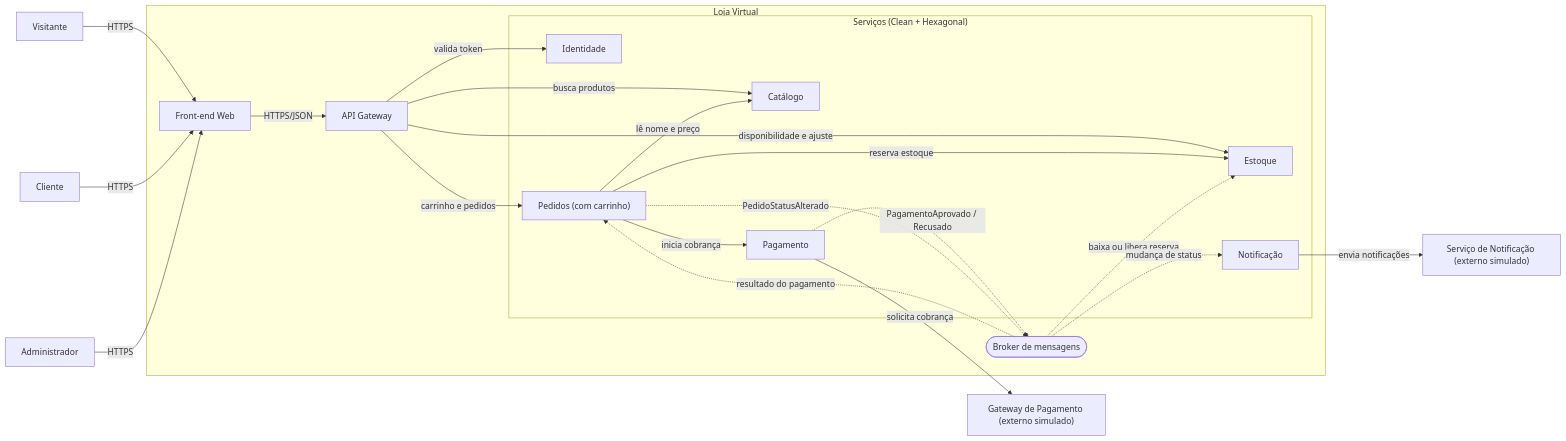
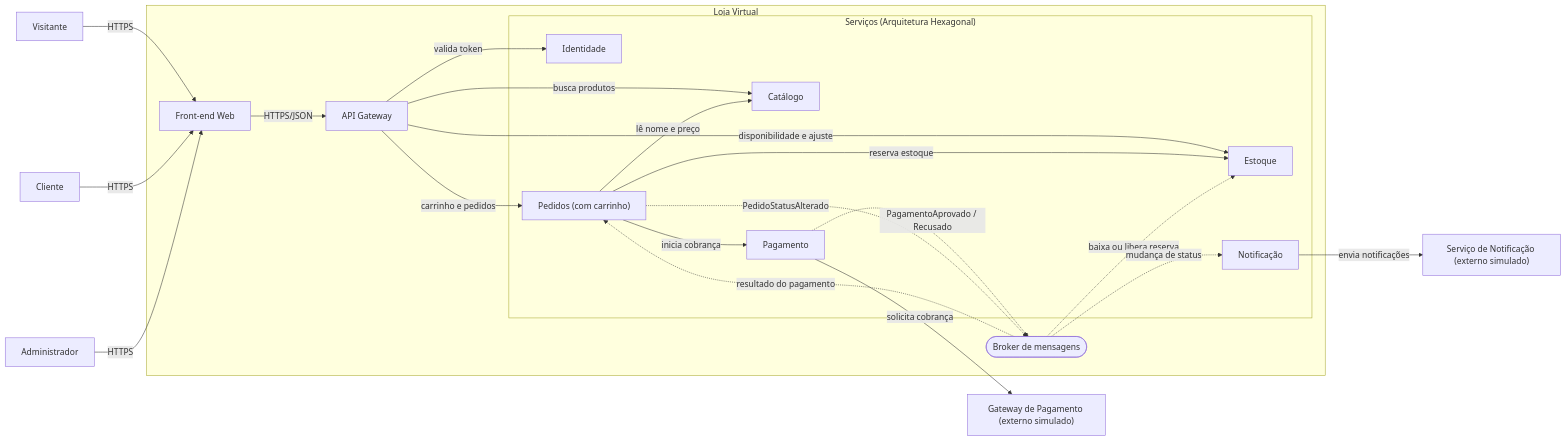
The second of 2 diagrams in docs/c4/containers.md (aSTRonuun/e-story-project-architecture), drawn with Mermaid before and after one commit. The commit also changed other lines of this file and 8 other files, not shown here.

Commit message:
docs: remove clean architecture e registra adrs de reserva de estoque e retorno do gateway

````diff
--- a/docs/c4/containers.md
+++ b/docs/c4/containers.md
@@ -70,48 +70,48 @@
 ```mermaid
 flowchart LR
     Visitante["Visitante"]
     Cliente["Cliente"]
     Admin["Administrador"]
 
     subgraph LV["Loja Virtual"]
         Front["Front-end Web"]
         GW["API Gateway"]
 
-        subgraph SVC["Serviços (Clean + Hexagonal)"]
+        subgraph SVC["Serviços (Arquitetura Hexagonal)"]
             Identidade["Identidade"]
             Catalogo["Catálogo"]
             Estoque["Estoque"]
             Pedidos["Pedidos (com carrinho)"]
             Pagamento["Pagamento"]
             Notificacao["Notificação"]
         end
 
         Broker(["Broker de mensagens"])
     end
 
     PagExt["Gateway de Pagamento (externo simulado)"]
     NotExt["Serviço de Notificação (externo simulado)"]
 
     Visitante -->|"HTTPS"| Front
     Cliente -->|"HTTPS"| Front
     Admin -->|"HTTPS"| Front
     Front -->|"HTTPS/JSON"| GW
 
     GW -->|"valida token"| Identidade
     GW -->|"busca produtos"| Catalogo
     GW -->|"disponibilidade e ajuste"| Estoque
     GW -->|"carrinho e pedidos"| Pedidos
 
     Pedidos -->|"reserva estoque"| Estoque
     Pedidos -->|"lê nome e preço"| Catalogo
     Pedidos -->|"inicia cobrança"| Pagamento
 
     Pagamento -->|"solicita cobrança"| PagExt
     Notificacao -->|"envia notificações"| NotExt
 
     Pagamento -.->|"PagamentoAprovado / Recusado"| Broker
     Pedidos -.->|"PedidoStatusAlterado"| Broker
     Broker -.->|"resultado do pagamento"| Pedidos
     Broker -.->|"baixa ou libera reserva"| Estoque
     Broker -.->|"mudança de status"| Notificacao
 ```
````
